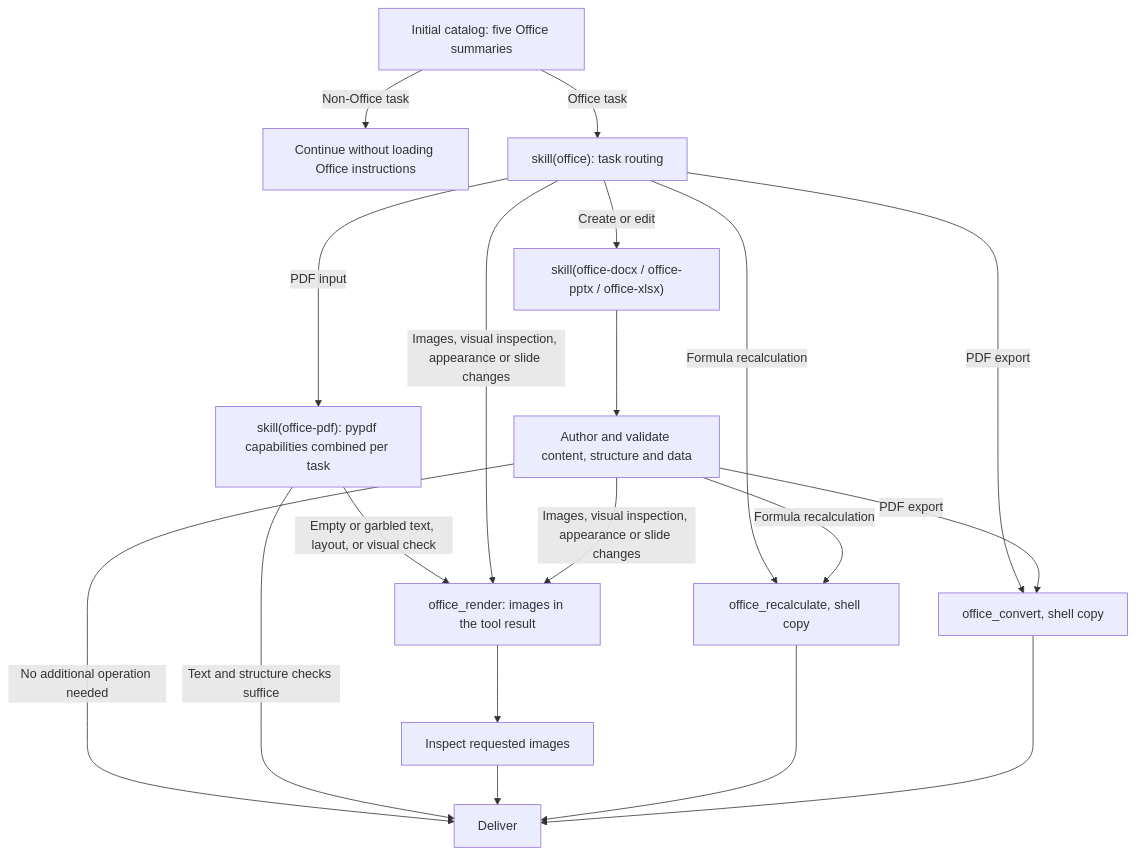
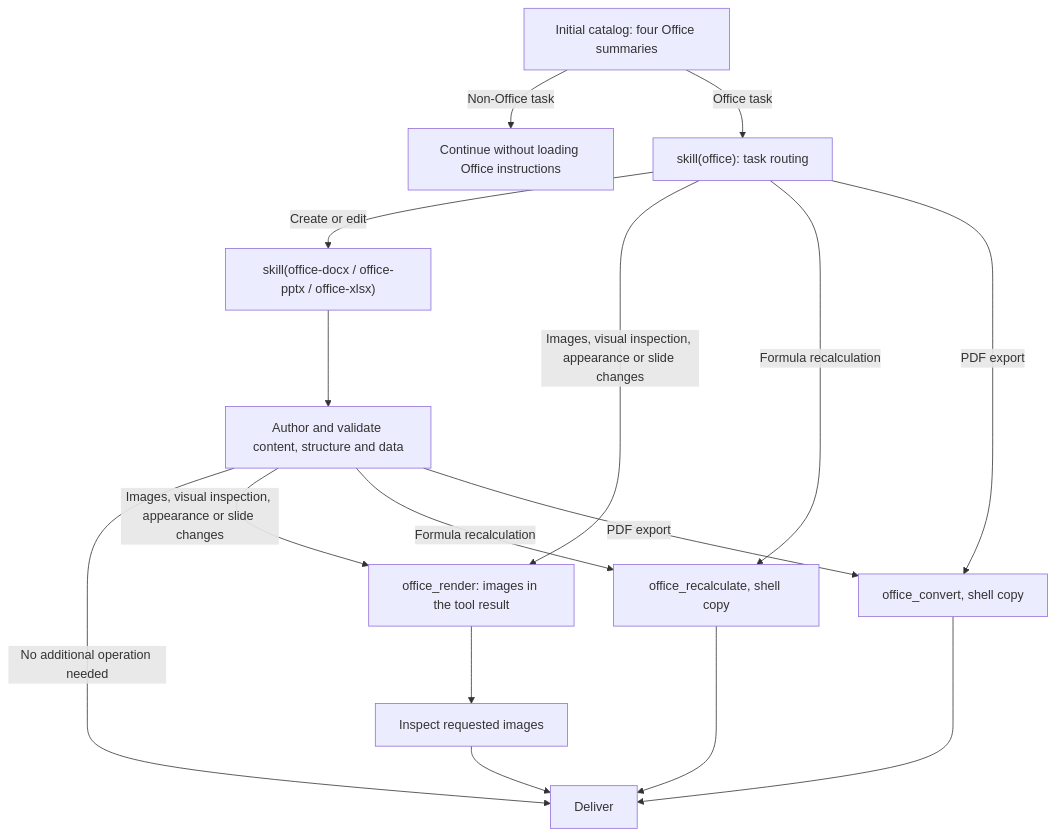
One commit to deepseek-ai/deepseek-harness changed the diagram in packages/skill/skill-office/README.md. Above: the diagram before and after it, drawn with Mermaid. The commit also changed other lines of this file and 152 other files, not shown here.

Commit message:
feat(office): keep PDF support in bundled Python and the existing route

````diff
--- a/packages/skill/skill-office/README.md
+++ b/packages/skill/skill-office/README.md
@@ -50,27 +50,23 @@
 ```mermaid
 flowchart TD
-    A["Initial catalog: five Office summaries"]
+    A["Initial catalog: four Office summaries"]
     A -->|Non-Office task| N["Continue without loading Office instructions"]
     A -->|Office task| B["skill(office): task routing"]
 
     B -->|Create or edit| C["skill(office-docx / office-pptx / office-xlsx)"]
     C --> D["Author and validate content, structure and data"]
     D -->|No additional operation needed| F["Deliver"]
-
-    B -->|PDF input| G["skill(office-pdf): pypdf capabilities combined per task"]
-    G -->|Text and structure checks suffice| F
-    G -->|Empty or garbled text, layout, or visual check| R
 
     B -->|Images, visual inspection, appearance or slide changes| R["office_render: images in the tool result"]
     D -->|Images, visual inspection, appearance or slide changes| R
     R --> V["Inspect requested images"]
     V --> F
 
     B -->|Formula recalculation| X["office_recalculate, shell copy"]
     D -->|Formula recalculation| X
     X --> F
 
     B -->|PDF export| P["office_convert, shell copy"]
     D -->|PDF export| P
     P --> F
 ```
````
